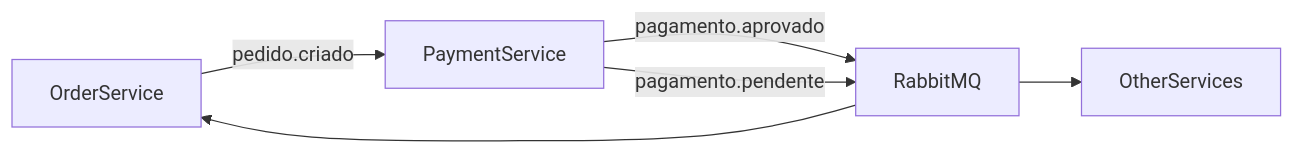
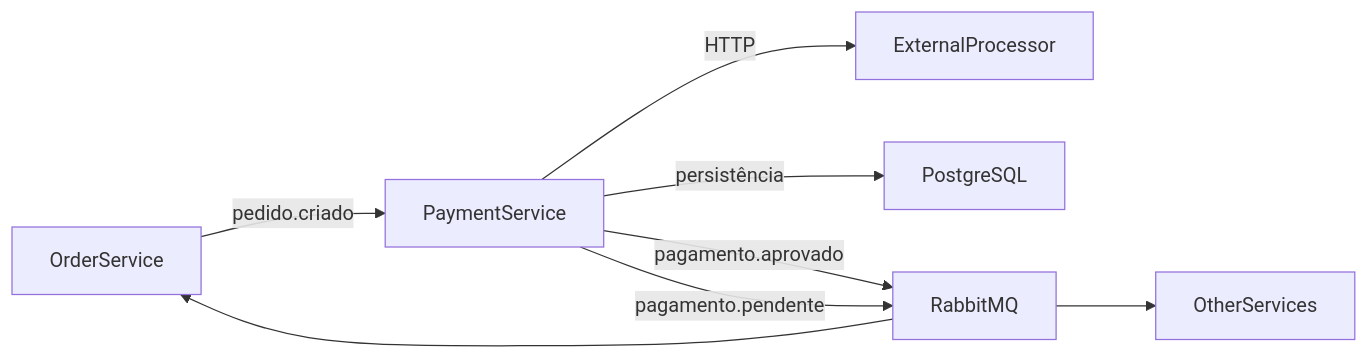
The second of 3 diagrams in README.md (alex-dev-br/restaurant-payment-service), drawn with Mermaid before and after one commit. The commit also changed other lines of this file, not shown here.

````diff
--- a/README.md
+++ b/README.md
@@ -47,10 +46,14 @@
 ```mermaid
 flowchart LR
 
 OrderService -->|pedido.criado| PaymentService
+
+PaymentService -->|HTTP| ExternalProcessor
+PaymentService -->|persistência| PostgreSQL
+
 PaymentService -->|pagamento.aprovado| RabbitMQ
 PaymentService -->|pagamento.pendente| RabbitMQ
 
 RabbitMQ --> OrderService
 RabbitMQ --> OtherServices
 ```
````
